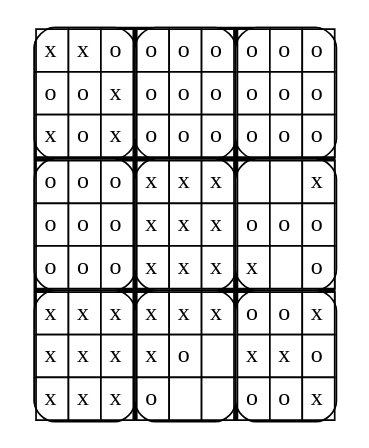
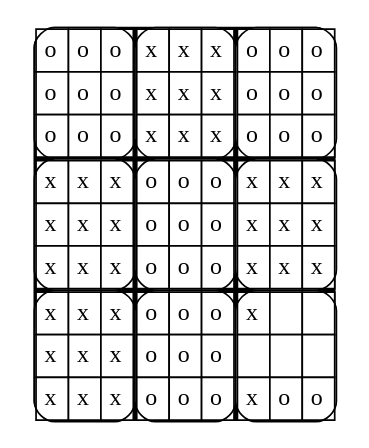
The diagram in output.dot (JetMagpie/FilRouge_Super_Morpion), drawn with Graphviz before and after one commit. The commit also changed 4 other files, not shown here.

```diff
--- a/output.dot
+++ b/output.dot
@@ -1,175 +1,175 @@
 digraph super_morpion {
   node [shape=none];
   a0 [label=<
   <TABLE border="0" cellspacing="0" cellpadding="0" style="rounded" bgcolor="black">
-    <TR>
-      <TD><TABLE border="1" cellspacing="0" cellpadding="4" style="rounded" bgcolor="white">
-  <TR>
-<TD bgcolor="white">x</TD>
-<TD bgcolor="white">x</TD>
-<TD bgcolor="white">o</TD>
-  </TR>
-  <TR>
-<TD bgcolor="white">o</TD>
-<TD bgcolor="white">o</TD>
-<TD bgcolor="white">x</TD>
-  </TR>
-  <TR>
-<TD bgcolor="white">x</TD>
-<TD bgcolor="white">o</TD>
-<TD bgcolor="white">x</TD>
-  </TR>
-</TABLE>
-</TD>
-      <TD><TABLE border="1" cellspacing="0" cellpadding="4" style="rounded" bgcolor="white">
-  <TR>
-<TD bgcolor="white">o</TD>
-<TD bgcolor="white">o</TD>
-<TD bgcolor="white">o</TD>
-  </TR>
-  <TR>
-<TD bgcolor="white">o</TD>
-<TD bgcolor="white">o</TD>
-<TD bgcolor="white">o</TD>
-  </TR>
-  <TR>
-<TD bgcolor="white">o</TD>
-<TD bgcolor="white">o</TD>
-<TD bgcolor="white">o</TD>
-  </TR>
-</TABLE>
-</TD>
-      <TD><TABLE border="1" cellspacing="0" cellpadding="4" style="rounded" bgcolor="white">
-  <TR>
-<TD bgcolor="white">o</TD>
-<TD bgcolor="white">o</TD>
-<TD bgcolor="white">o</TD>
-  </TR>
-  <TR>
-<TD bgcolor="white">o</TD>
-<TD bgcolor="white">o</TD>
-<TD bgcolor="white">o</TD>
-  </TR>
-  <TR>
-<TD bgcolor="white">o</TD>
-<TD bgcolor="white">o</TD>
-<TD bgcolor="white">o</TD>
-  </TR>
-</TABLE>
-</TD>
-    </TR>
     <TR>
       <TD><TABLE border="1" cellspacing="0" cellpadding="4" style="rounded" bgcolor="white">
   <TR>
 <TD bgcolor="white">o</TD>
 <TD bgcolor="white">o</TD>
 <TD bgcolor="white">o</TD>
   </TR>
   <TR>
 <TD bgcolor="white">o</TD>
 <TD bgcolor="white">o</TD>
 <TD bgcolor="white">o</TD>
   </TR>
   <TR>
 <TD bgcolor="white">o</TD>
 <TD bgcolor="white">o</TD>
 <TD bgcolor="white">o</TD>
   </TR>
 </TABLE>
 </TD>
       <TD><TABLE border="1" cellspacing="0" cellpadding="4" style="rounded" bgcolor="white">
   <TR>
 <TD bgcolor="white">x</TD>
 <TD bgcolor="white">x</TD>
 <TD bgcolor="white">x</TD>
   </TR>
   <TR>
 <TD bgcolor="white">x</TD>
 <TD bgcolor="white">x</TD>
 <TD bgcolor="white">x</TD>
   </TR>
   <TR>
 <TD bgcolor="white">x</TD>
 <TD bgcolor="white">x</TD>
 <TD bgcolor="white">x</TD>
   </TR>
 </TABLE>
 </TD>
       <TD><TABLE border="1" cellspacing="0" cellpadding="4" style="rounded" bgcolor="white">
   <TR>
-<TD bgcolor="white"> </TD>
-<TD bgcolor="white"> </TD>
-<TD bgcolor="white">x</TD>
+<TD bgcolor="white">o</TD>
+<TD bgcolor="white">o</TD>
+<TD bgcolor="white">o</TD>
   </TR>
   <TR>
 <TD bgcolor="white">o</TD>
 <TD bgcolor="white">o</TD>
 <TD bgcolor="white">o</TD>
   </TR>
   <TR>
-<TD bgcolor="white">x</TD>
-<TD bgcolor="white"> </TD>
+<TD bgcolor="white">o</TD>
+<TD bgcolor="white">o</TD>
 <TD bgcolor="white">o</TD>
   </TR>
 </TABLE>
 </TD>
     </TR>
     <TR>
       <TD><TABLE border="1" cellspacing="0" cellpadding="4" style="rounded" bgcolor="white">
   <TR>
 <TD bgcolor="white">x</TD>
 <TD bgcolor="white">x</TD>
 <TD bgcolor="white">x</TD>
   </TR>
   <TR>
 <TD bgcolor="white">x</TD>
 <TD bgcolor="white">x</TD>
 <TD bgcolor="white">x</TD>
   </TR>
   <TR>
 <TD bgcolor="white">x</TD>
 <TD bgcolor="white">x</TD>
 <TD bgcolor="white">x</TD>
   </TR>
 </TABLE>
 </TD>
       <TD><TABLE border="1" cellspacing="0" cellpadding="4" style="rounded" bgcolor="white">
   <TR>
+<TD bgcolor="white">o</TD>
+<TD bgcolor="white">o</TD>
+<TD bgcolor="white">o</TD>
+  </TR>
+  <TR>
+<TD bgcolor="white">o</TD>
+<TD bgcolor="white">o</TD>
+<TD bgcolor="white">o</TD>
+  </TR>
+  <TR>
+<TD bgcolor="white">o</TD>
+<TD bgcolor="white">o</TD>
+<TD bgcolor="white">o</TD>
+  </TR>
+</TABLE>
+</TD>
+      <TD><TABLE border="1" cellspacing="0" cellpadding="4" style="rounded" bgcolor="white">
+  <TR>
 <TD bgcolor="white">x</TD>
 <TD bgcolor="white">x</TD>
 <TD bgcolor="white">x</TD>
   </TR>
   <TR>
 <TD bgcolor="white">x</TD>
-<TD bgcolor="white">o</TD>
-<TD bgcolor="white"> </TD>
+<TD bgcolor="white">x</TD>
+<TD bgcolor="white">x</TD>
   </TR>
   <TR>
-<TD bgcolor="white">o</TD>
-<TD bgcolor="white"> </TD>
-<TD bgcolor="white"> </TD>
+<TD bgcolor="white">x</TD>
+<TD bgcolor="white">x</TD>
+<TD bgcolor="white">x</TD>
+  </TR>
+</TABLE>
+</TD>
+    </TR>
+    <TR>
+      <TD><TABLE border="1" cellspacing="0" cellpadding="4" style="rounded" bgcolor="white">
+  <TR>
+<TD bgcolor="white">x</TD>
+<TD bgcolor="white">x</TD>
+<TD bgcolor="white">x</TD>
+  </TR>
+  <TR>
+<TD bgcolor="white">x</TD>
+<TD bgcolor="white">x</TD>
+<TD bgcolor="white">x</TD>
+  </TR>
+  <TR>
+<TD bgcolor="white">x</TD>
+<TD bgcolor="white">x</TD>
+<TD bgcolor="white">x</TD>
   </TR>
 </TABLE>
 </TD>
       <TD><TABLE border="1" cellspacing="0" cellpadding="4" style="rounded" bgcolor="white">
   <TR>
 <TD bgcolor="white">o</TD>
 <TD bgcolor="white">o</TD>
-<TD bgcolor="white">x</TD>
-  </TR>
-  <TR>
-<TD bgcolor="white">x</TD>
-<TD bgcolor="white">x</TD>
 <TD bgcolor="white">o</TD>
   </TR>
   <TR>
 <TD bgcolor="white">o</TD>
 <TD bgcolor="white">o</TD>
+<TD bgcolor="white">o</TD>
+  </TR>
+  <TR>
+<TD bgcolor="white">o</TD>
+<TD bgcolor="white">o</TD>
+<TD bgcolor="white">o</TD>
+  </TR>
+</TABLE>
+</TD>
+      <TD><TABLE border="1" cellspacing="0" cellpadding="4" style="rounded" bgcolor="white">
+  <TR>
 <TD bgcolor="white">x</TD>
+<TD bgcolor="white"> </TD>
+<TD bgcolor="white"> </TD>
+  </TR>
+  <TR>
+<TD bgcolor="white"> </TD>
+<TD bgcolor="white"> </TD>
+<TD bgcolor="white"> </TD>
+  </TR>
+  <TR>
+<TD bgcolor="white">x</TD>
+<TD bgcolor="white">o</TD>
+<TD bgcolor="white">o</TD>
   </TR>
 </TABLE>
 </TD>
     </TR>
   </TABLE>
   >];
 }
```
